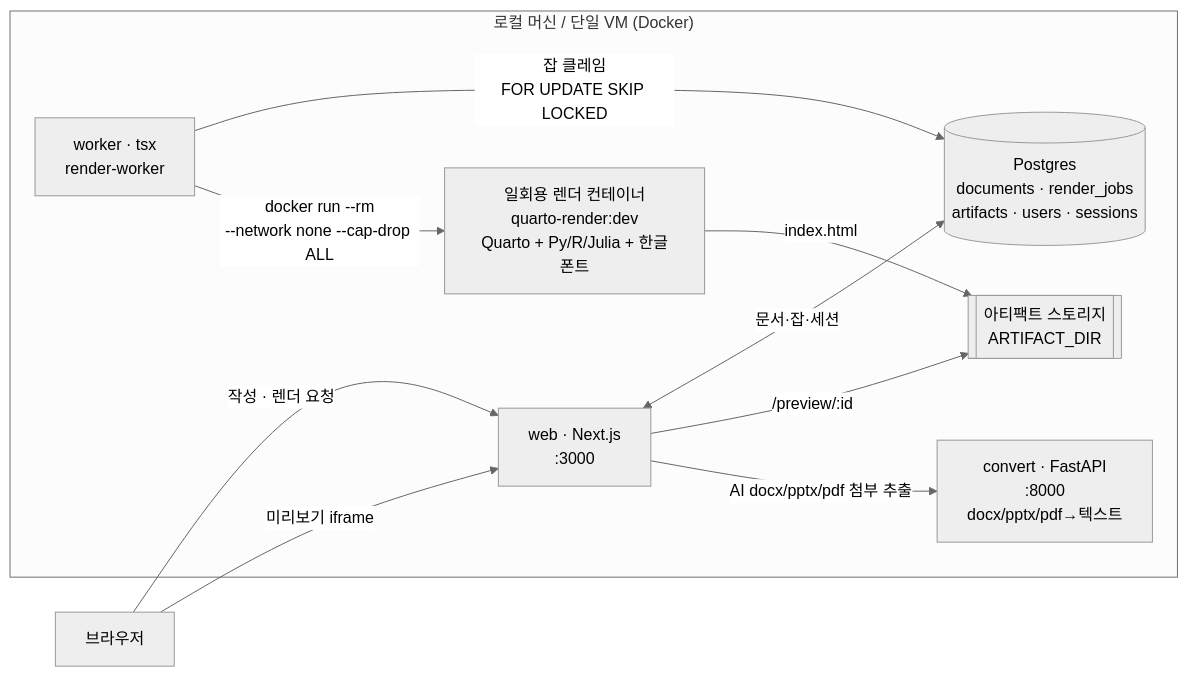
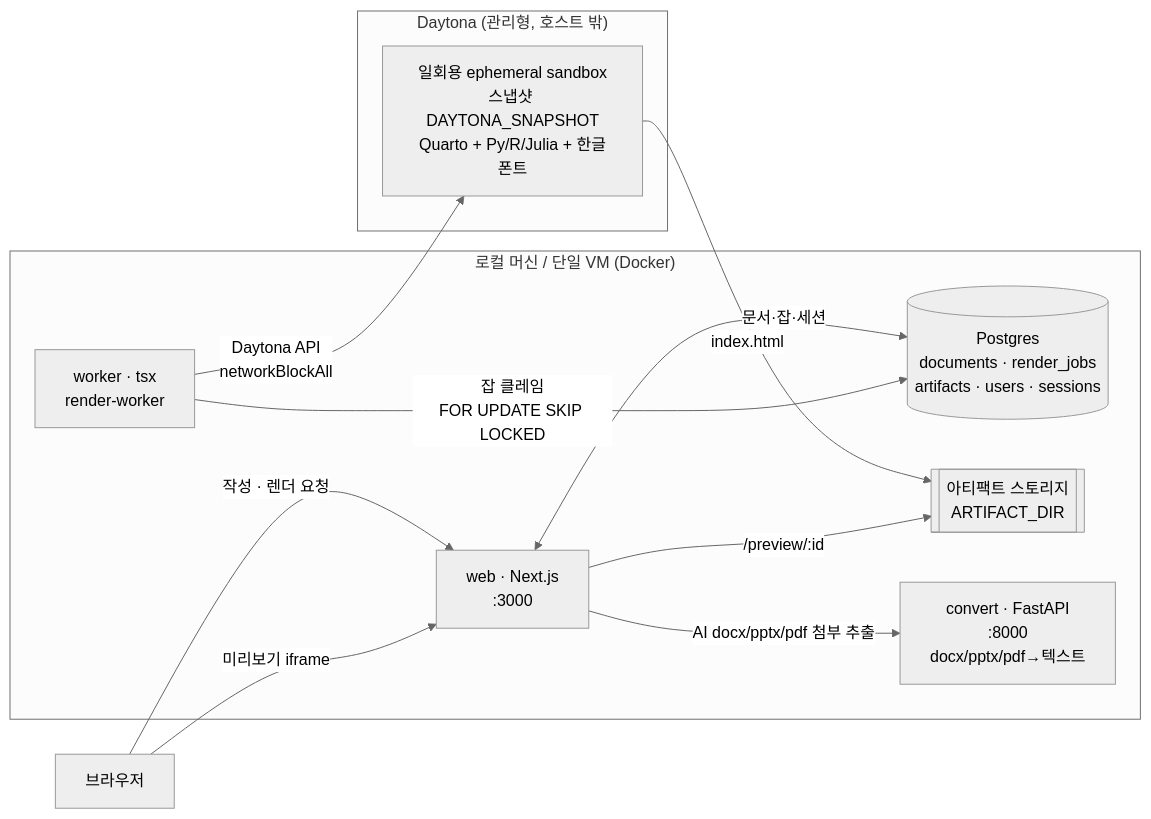
The diagram in README.md (wally-wally/quarto-studio), drawn with Mermaid (neutral theme) before and after one commit. The commit also changed other lines of this file and 2 other files, not shown here.

First line of the commit message:
docs: Daytona 렌더 백엔드 전환 반영

````diff
--- a/README.md
+++ b/README.md
@@ -16,20 +16,22 @@
 ```mermaid
 flowchart LR
   B["브라우저"]
   subgraph host["로컬 머신 / 단일 VM (Docker)"]
     W["web · Next.js<br/>:3000"]
     PG[("Postgres<br/>documents · render_jobs<br/>artifacts · users · sessions")]
     WK["worker · tsx<br/>render-worker"]
-    RC["일회용 렌더 컨테이너<br/>quarto-render:dev<br/>Quarto + Py/R/Julia + 한글폰트"]
     AR[["아티팩트 스토리지<br/>ARTIFACT_DIR"]]
     CV["convert · FastAPI<br/>:8000<br/>docx/pptx/pdf→텍스트"]
-    W <-->|"문서·잡·세션"| PG
-    WK -->|"잡 클레임<br/>FOR UPDATE SKIP LOCKED"| PG
-    WK -->|"docker run --rm<br/>--network none --cap-drop ALL"| RC
-    RC -->|"index.html"| AR
-    W -->|"/preview/:id"| AR
-    W -->|"AI docx/pptx/pdf 첨부 추출"| CV
   end
+  subgraph daytona["Daytona (관리형, 호스트 밖)"]
+    RC["일회용 ephemeral sandbox<br/>스냅샷 DAYTONA_SNAPSHOT<br/>Quarto + Py/R/Julia + 한글폰트"]
+  end
+  W <-->|"문서·잡·세션"| PG
+  WK -->|"잡 클레임<br/>FOR UPDATE SKIP LOCKED"| PG
+  WK -->|"Daytona API<br/>networkBlockAll"| RC
+  RC -->|"index.html"| AR
+  W -->|"/preview/:id"| AR
+  W -->|"AI docx/pptx/pdf 첨부 추출"| CV
   B -->|"작성 · 렌더 요청"| W
   B -->|"미리보기 iframe"| W
 ```
````
